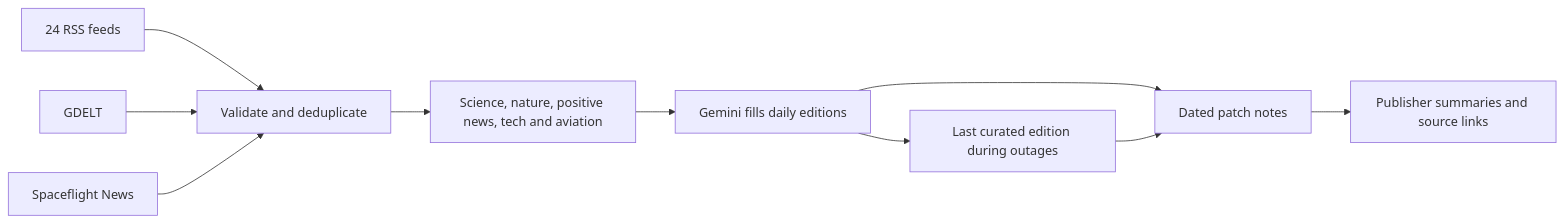
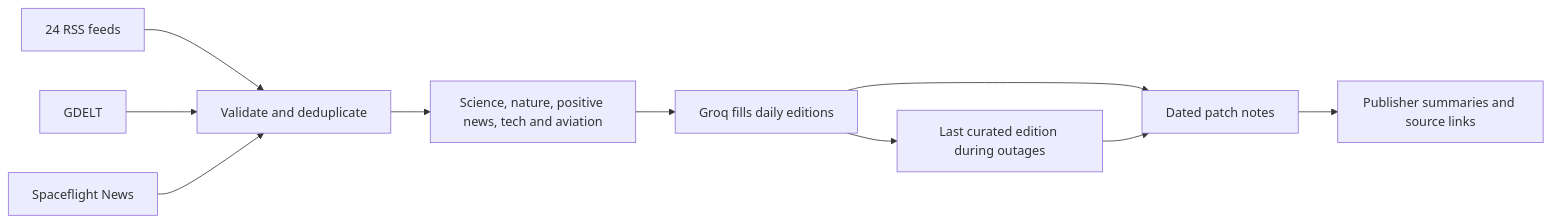
One commit to byalex33/changelog.earth changed the diagram in README.md. Above: the diagram before and after it, drawn with Mermaid. The commit also changed other lines of this file and 11 other files, not shown here.

````diff
--- a/README.md
+++ b/README.md
@@ -65,12 +63,12 @@
 ```mermaid
 flowchart LR
     A[24 RSS feeds] --> D[Validate and deduplicate]
     B[GDELT] --> D
     C[Spaceflight News] --> D
     D --> E[Science, nature, positive news, tech and aviation]
-    E --> F[Gemini fills daily editions]
+    E --> F[Groq fills daily editions]
     F --> G[Dated patch notes]
     F --> H[Last curated edition during outages]
     H --> G
     G --> I[Publisher summaries and source links]
 ```
````
